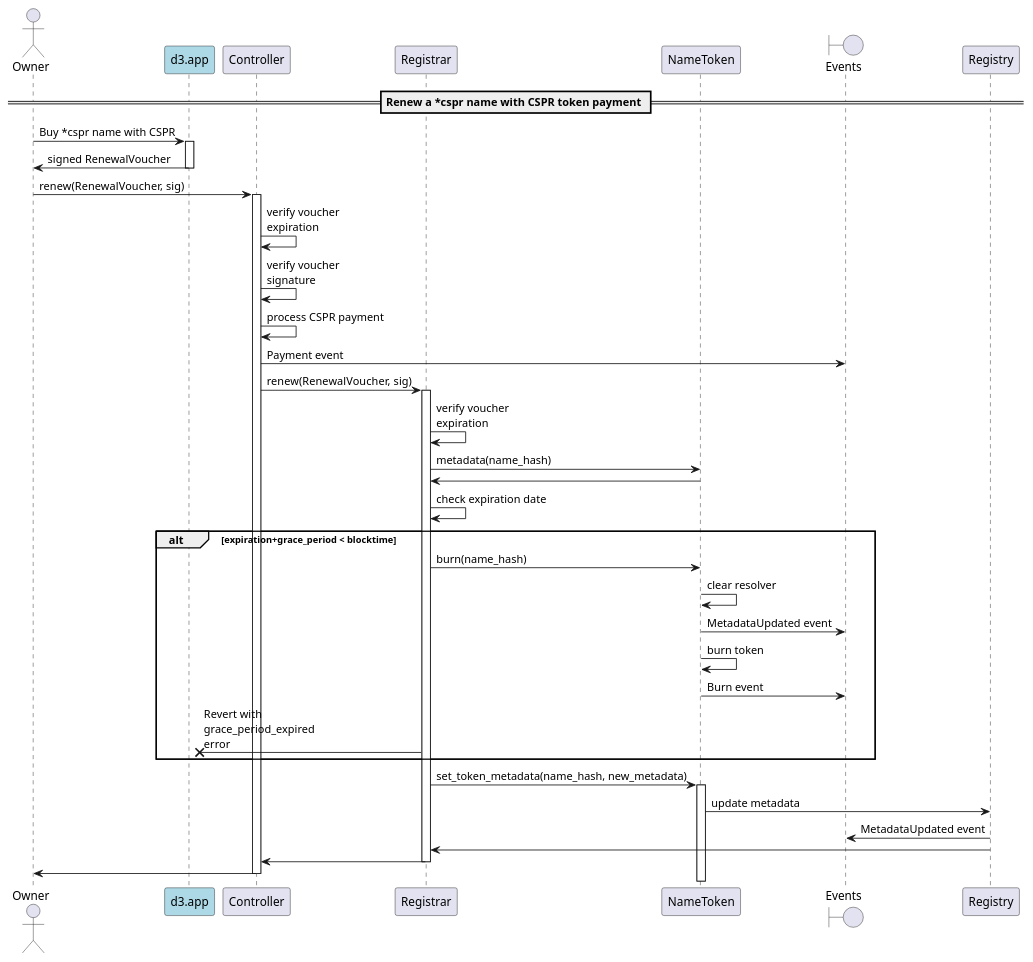
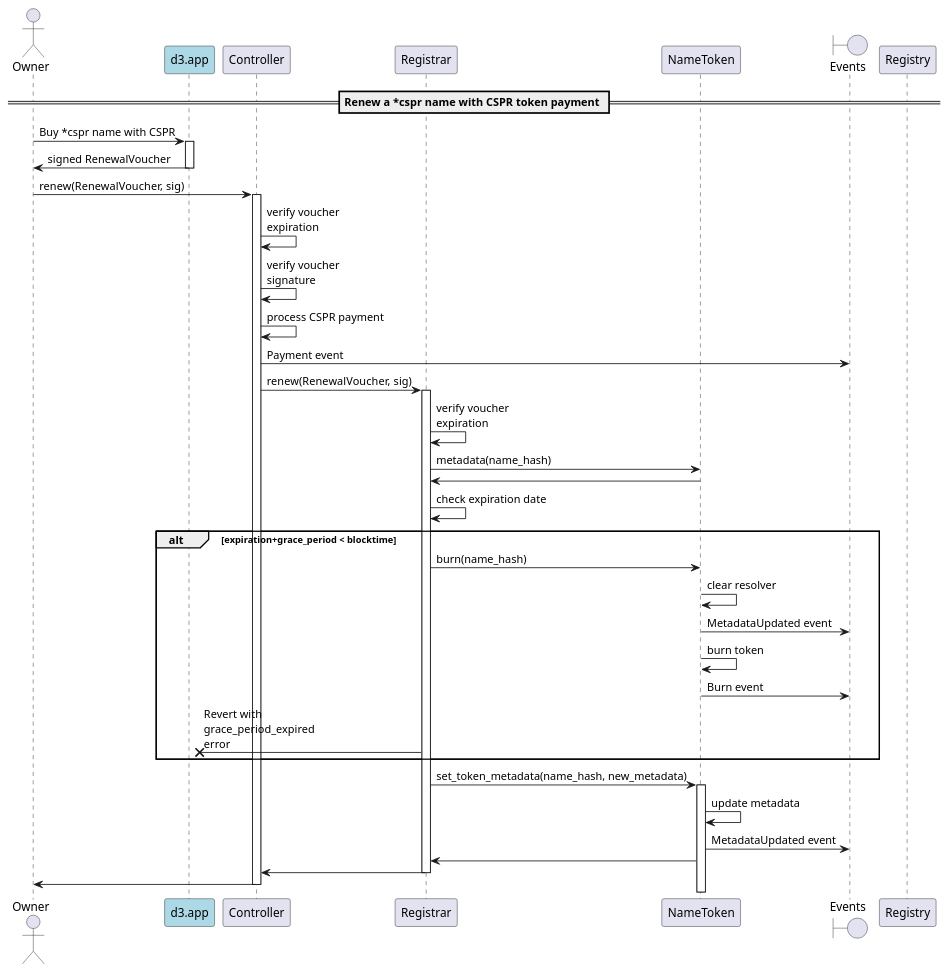
The diagram in docs/sequence-diagrams/puml/onchain-renewal.puml (make-software/cspr-name-contracts), drawn with PlantUML before and after one commit. The commit also changed 14 other files, not shown here.

Commit message:
Renamed Registry contract with NameToken in the sequence diagrams. (part 2)

```diff
--- a/docs/sequence-diagrams/puml/onchain-renewal.puml
+++ b/docs/sequence-diagrams/puml/onchain-renewal.puml
@@ -1,50 +1,50 @@
 @startuml
 'https://plantuml.com/sequence-diagram
 
 'autonumber
 actor Owner
 participant "d3.app" as d3 #lightblue
 participant "Controller"
 participant "Registrar"
 participant "NameToken"
 boundary "Events"
 
 == Renew a *cspr name with CSPR token payment ==
 
 Owner -> d3: Buy *cspr name with CSPR
 activate d3
 d3 -> Owner: signed RenewalVoucher
 deactivate d3
 
 Owner -> Controller: renew(RenewalVoucher, sig)
 activate Controller
 Controller -> Controller: verify voucher\nexpiration
 Controller -> Controller: verify voucher\nsignature
 Controller -> Controller: process CSPR payment
 Controller -> "Events": Payment event
 Controller -> Registrar: renew(RenewalVoucher, sig)
 activate Registrar
 Registrar -> Registrar: verify voucher\nexpiration
 Registrar -> NameToken: metadata(name_hash)
 NameToken -> Registrar
 Registrar -> Registrar: check expiration date
 alt expiration+grace_period < blocktime
     Registrar -> NameToken: burn(name_hash)
     NameToken -> NameToken: clear resolver
     NameToken -> "Events": MetadataUpdated event
     NameToken -> NameToken: burn token
     NameToken -> "Events": Burn event
     Registrar ->x d3: Revert with\ngrace_period_expired\nerror
 end
 Registrar -> NameToken: set_token_metadata(name_hash, new_metadata)
 activate NameToken
-NameToken -> Registry: update metadata
-Registry -> "Events": MetadataUpdated event
-Registry -> Registrar
+NameToken -> NameToken: update metadata
+NameToken -> "Events": MetadataUpdated event
+NameToken -> Registrar
 deactivate Registry
 Registrar -> Controller
 deactivate Registrar
 Controller -> Owner
 deactivate Controller
 
 @enduml
```
